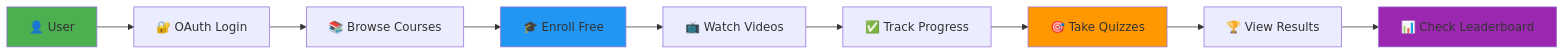
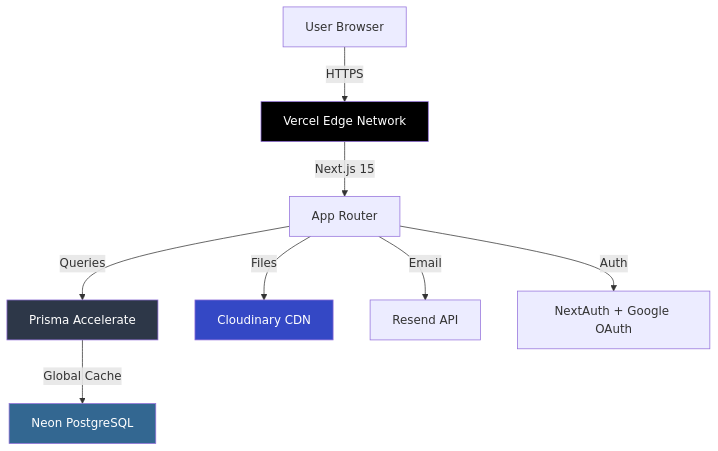
Before and after one commit to DreamerX00/my-course-managment-webiste: the diagram in README.md, drawn with Mermaid. The commit also changed other lines of this file and 15 other files, not shown here.

````diff
--- a/README.md
+++ b/README.md
@@ -71,16 +75,15 @@
 ```mermaid
-graph LR
-    A[👤 User] --> B[🔐 OAuth Login]
-    B --> C[📚 Browse Courses]
-    C --> D[🎓 Enroll Free]
-    D --> E[📺 Watch Videos]
-    E --> F[✅ Track Progress]
-    F --> G[🎯 Take Quizzes]
-    G --> H[🏆 View Results]
-    H --> I[📊 Check Leaderboard]
+graph TB
+    A[User Browser] -->|HTTPS| B[Vercel Edge Network]
+    B -->|Next.js 15| C[App Router]
+    C -->|Queries| D[Prisma Accelerate]
+    D -->|Global Cache| E[Neon PostgreSQL]
+    C -->|Files| F[Cloudinary CDN]
+    C -->|Email| G[Resend API]
+    C -->|Auth| H[NextAuth + Google OAuth]
 
-    style A fill:#4CAF50
-    style D fill:#2196F3
-    style G fill:#FF9800
-    style I fill:#9C27B0
+    style D fill:#2D3748,color:#fff
+    style E fill:#336791,color:#fff
+    style B fill:#000,color:#fff
+    style F fill:#3448C5,color:#fff
 ```
````
